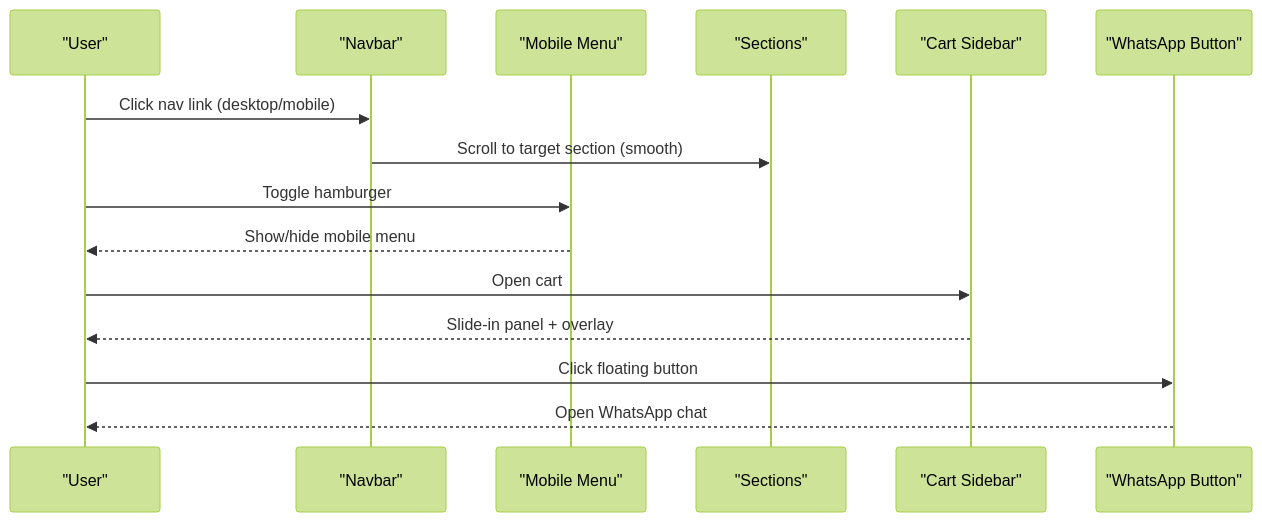
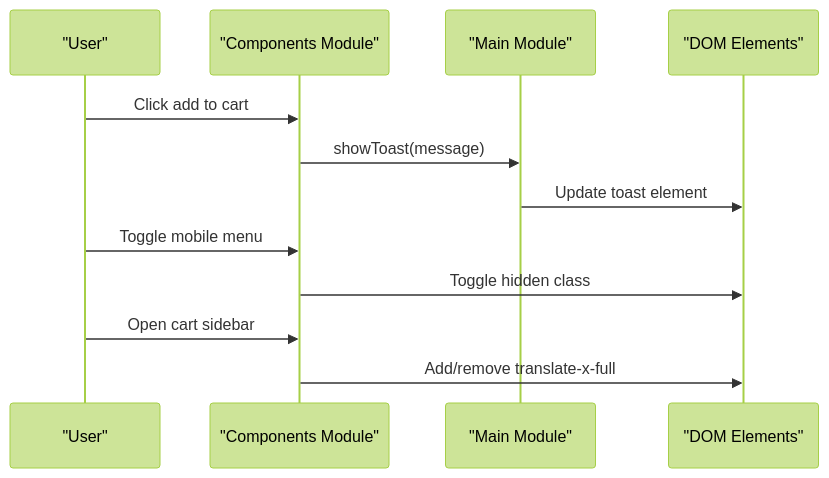
One commit to queenflowerhk/queenflowerhk.github.io changed the second of 4 diagrams in .qoder/repowiki/en/content/User Interface Components/User Interface Components.md. Above: the diagram before and after it, drawn with Mermaid (forest theme). The commit also changed other lines of this file and 36 other files, not shown here.

````diff
--- a/.qoder/repowiki/en/content/User Interface Components/User Interface Components.md
+++ b/.qoder/repowiki/en/content/User Interface Components/User Interface Components.md
@@ -82,17 +91,14 @@
 ```mermaid
 sequenceDiagram
 participant U as "User"
-participant N as "Navbar"
-participant M as "Mobile Menu"
-participant S as "Sections"
-participant C as "Cart Sidebar"
-participant W as "WhatsApp Button"
-U->>N : Click nav link (desktop/mobile)
-N->>S : Scroll to target section (smooth)
-U->>M : Toggle hamburger
-M-->>U : Show/hide mobile menu
-U->>C : Open cart
-C-->>U : Slide-in panel + overlay
-U->>W : Click floating button
-W-->>U : Open WhatsApp chat
+participant C as "Components Module"
+participant M as "Main Module"
+participant DOM as "DOM Elements"
+U->>C : Click add to cart
+C->>M : showToast(message)
+M->>DOM : Update toast element
+U->>C : Toggle mobile menu
+C->>DOM : Toggle hidden class
+U->>C : Open cart sidebar
+C->>DOM : Add/remove translate-x-full
 ```
````
